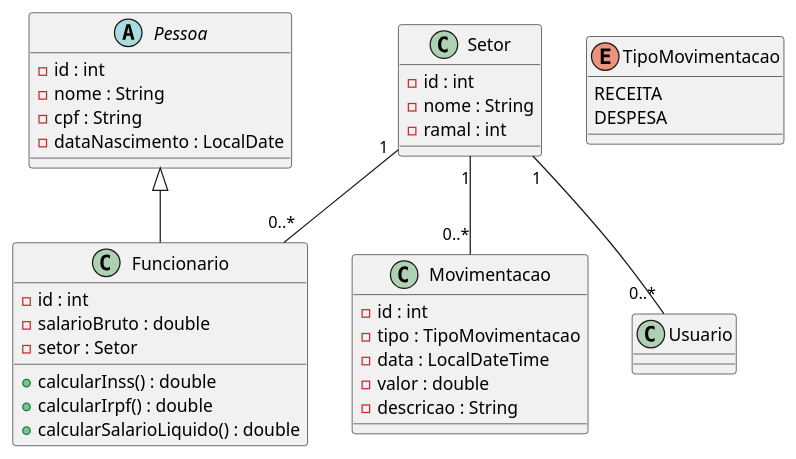
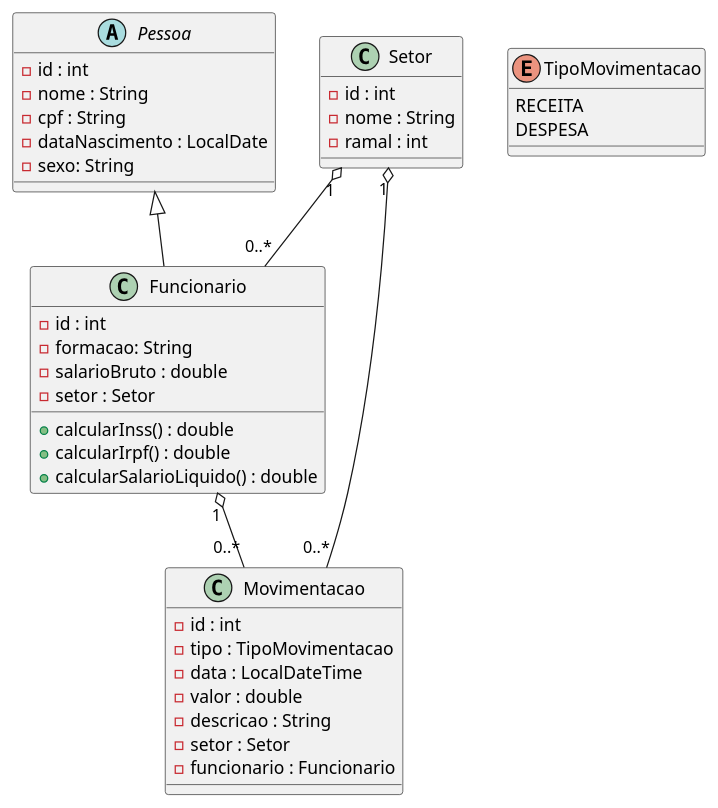
The diagram in README.md (Tairentsuki/POO2_atividade1), drawn with PlantUML before and after one commit.

Commit message:
Atualizado PlantUML

````diff
--- a/README.md
+++ b/README.md
@@ -11,45 +11,51 @@
 ```plantuml
 @startuml
 
 abstract class Pessoa {
     - id : int
     - nome : String
     - cpf : String
     - dataNascimento : LocalDate
+    - sexo: String
 }
 
 class Funcionario {
     - id : int
+    - formacao: String
     - salarioBruto : double
     - setor : Setor
     + calcularInss() : double
     + calcularIrpf() : double
     + calcularSalarioLiquido() : double
 }
 
 class Setor {
     - id : int
     - nome : String
     - ramal : int
 }
 
 class Movimentacao {
     - id : int
     - tipo : TipoMovimentacao
     - data : LocalDateTime
     - valor : double
     - descricao : String
+    - setor : Setor
+    - funcionario : Funcionario
 }
 
 enum TipoMovimentacao {
     RECEITA
     DESPESA
 }
 
+
 Pessoa <|-- Funcionario
-Setor "1" -- "0..*" Funcionario
-Setor "1" -- "0..*" Movimentacao
-Setor "1" -- "0..*" Usuario
+
+Setor "1" o-- "0..*" Funcionario 
+Setor "1" o-- "0..*" Movimentacao 
+Funcionario "1" o-- "0..*" Movimentacao 
 
 @enduml
 ```
````
